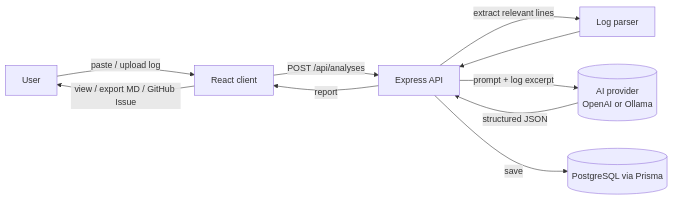
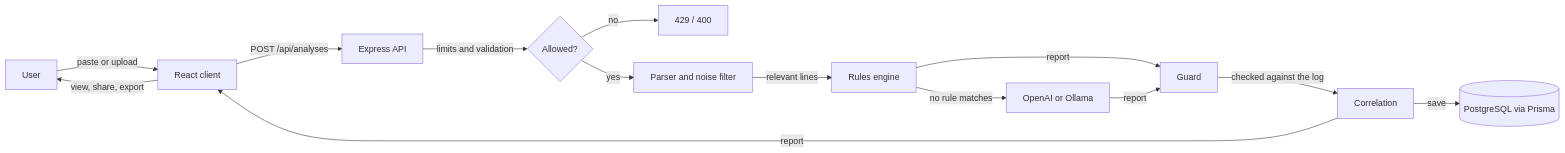
The diagram in docs/architecture.md (jacknegri89/LogLens), drawn with Mermaid before and after one commit. The commit also changed other lines of this file and 11 other files, not shown here.

````diff
--- a/docs/architecture.md
+++ b/docs/architecture.md
@@ -9,12 +9,16 @@
 ```mermaid
 flowchart LR
-    U[User] -->|paste / upload log| C[React client]
-    C -->|POST /api/analyses| S[Express API]
-    S -->|extract relevant lines| P[Log parser]
-    P --> S
-    S -->|prompt + log excerpt| AI[(AI provider\nOpenAI or Ollama)]
-    AI -->|structured JSON| S
-    S -->|save| DB[(PostgreSQL via Prisma)]
-    S -->|report| C
-    C -->|view / export MD / GitHub Issue| U
+    U[User] -->|paste or upload| C[React client]
+    C -->|POST /api/analyses| A[Express API]
+    A -->|limits and validation| L{Allowed?}
+    L -->|no| E[429 / 400]
+    L -->|yes| P[Parser and noise filter]
+    P -->|relevant lines| R[Rules engine]
+    R -->|no rule matches| M[OpenAI or Ollama]
+    R -->|report| G[Guard]
+    M -->|report| G
+    G -->|checked against the log| K[Correlation]
+    K -->|save| D[(PostgreSQL via Prisma)]
+    K -->|report| C
+    C -->|view, share, export| U
 ```
````
